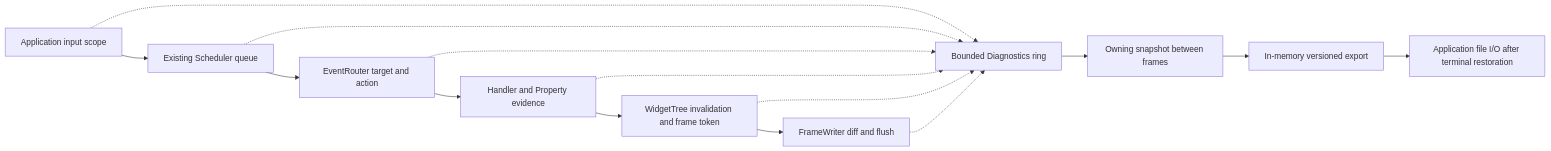
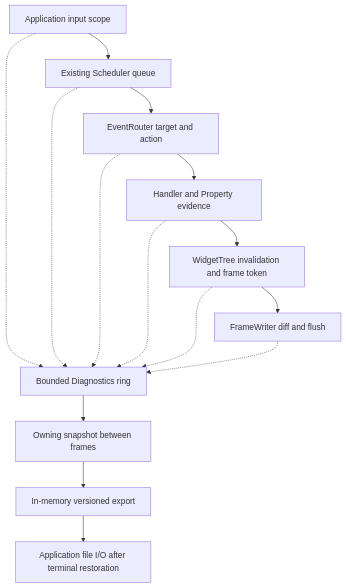
The diagram in docs/diagnostics.md (ttldtor/portals), drawn with Mermaid before and after one commit. The commit also changed 29 other files, not shown here.

````diff
--- a/docs/diagnostics.md
+++ b/docs/diagnostics.md
@@ -180,17 +180,19 @@
 ```mermaid
-flowchart LR
+flowchart TB
+  accTitle: Diagnostic event flow
+  accDescr: Input, dispatch, handlers and output contribute metadata to one bounded diagnostic ring. The application takes an owning snapshot between frames and writes its export after terminal restoration.
   I[Application input scope] --> Q[Existing Scheduler queue]
   Q --> R[EventRouter target and action]
   R --> H[Handler and Property evidence]
   H --> T[WidgetTree invalidation and frame token]
   T --> W[FrameWriter diff and flush]
   I -.-> D[Bounded Diagnostics ring]
   Q -.-> D
   R -.-> D
   H -.-> D
   T -.-> D
   W -.-> D
   D --> S[Owning snapshot between frames]
   S --> E[In-memory versioned export]
   E --> F[Application file I/O after terminal restoration]
 ```
````
